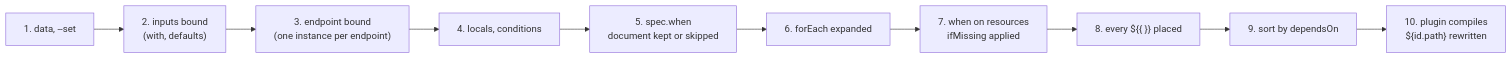
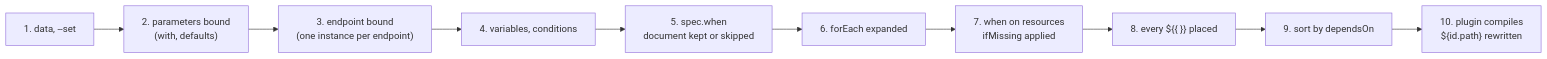
The second of 6 diagrams in docs/plans/language-expansion.md (Gorkem-Taha/meridian-core), drawn with Mermaid before and after one commit. The commit also changed other lines of this file, not shown here.

First line of the commit message:
docs: add layered data and merging, composites, declarations, credentials, run state and notifications to the language proposal

````diff
--- a/docs/plans/language-expansion.md
+++ b/docs/plans/language-expansion.md
@@ -413,12 +424,12 @@
 ```mermaid
 flowchart LR
-    A["1. data, --set"] --> B["2. inputs bound<br/>(with, defaults)"]
+    A["1. data, --set"] --> B["2. parameters bound<br/>(with, defaults)"]
     B --> C["3. endpoint bound<br/>(one instance per endpoint)"]
-    C --> D["4. locals, conditions"]
+    C --> D["4. variables, conditions"]
     D --> E["5. spec.when<br/>document kept or skipped"]
     E --> F["6. forEach expanded"]
     F --> G["7. when on resources<br/>ifMissing applied"]
     G --> H["8. every ${{ }} placed"]
     H --> I["9. sort by dependsOn"]
     I --> J["10. plugin compiles<br/>${id.path} rewritten"]
 ```
````
